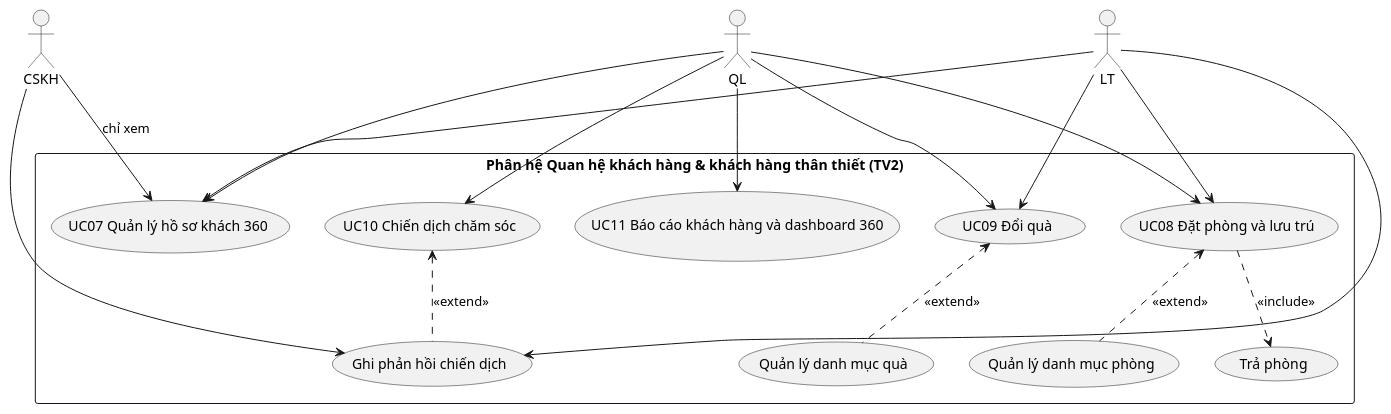
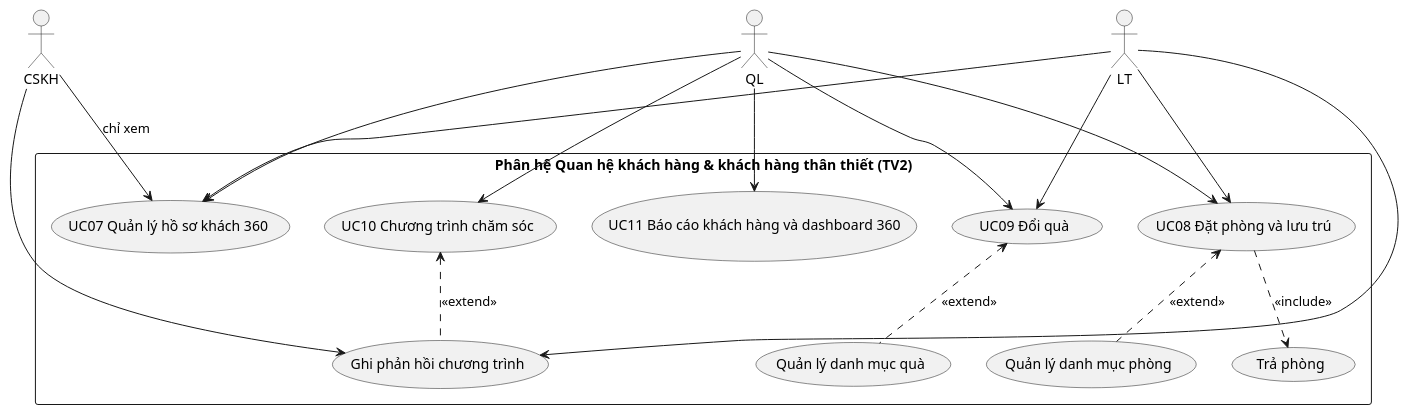
Before and after one commit to Kessential/Hotel-CRM: the diagram in docs/analysis/diagrams/use-case-tv2.iuml, drawn with PlantUML. The commit also changed 4 other files, not shown here.

```diff
--- a/docs/analysis/diagrams/use-case-tv2.iuml
+++ b/docs/analysis/diagrams/use-case-tv2.iuml
@@ -1,32 +1,32 @@
 ' [TV2] Use cases UC07-UC11 and their actor links.
 ' Included by use-case.puml (TV1) with "!include use-case-tv2.iuml"; use-case.puml declares the actors with these aliases:
 '   ADM = Admin, QL = Quản lý, LT = Lễ tân, CSKH = Nhân viên CSKH
 ' Admin reaches every use case through generalization in use-case.puml, so it has no links here.
 rectangle "Phân hệ Quan hệ khách hàng & khách hàng thân thiết (TV2)" {
   usecase "UC07 Quản lý hồ sơ khách 360" as UC07
   usecase "UC08 Đặt phòng và lưu trú" as UC08
   usecase "Quản lý danh mục phòng" as UC08a
   usecase "Trả phòng" as UC08b
   usecase "UC09 Đổi quà" as UC09
   usecase "Quản lý danh mục quà" as UC09a
-  usecase "UC10 Chiến dịch chăm sóc" as UC10
-  usecase "Ghi phản hồi chiến dịch" as UC10a
+  usecase "UC10 Chương trình chăm sóc" as UC10
+  usecase "Ghi phản hồi chương trình" as UC10a
   usecase "UC11 Báo cáo khách hàng và dashboard 360" as UC11
 }
 
 UC08 <.. UC08a : <<extend>>
 UC08 ..> UC08b : <<include>>
 UC09 <.. UC09a : <<extend>>
 UC10 <.. UC10a : <<extend>>
 
 LT --> UC07
 QL --> UC07
 CSKH --> UC07 : chỉ xem
 LT --> UC08
 QL --> UC08
 LT --> UC09
 QL --> UC09
 QL --> UC10
 LT --> UC10a
 CSKH --> UC10a
 QL --> UC11
```
